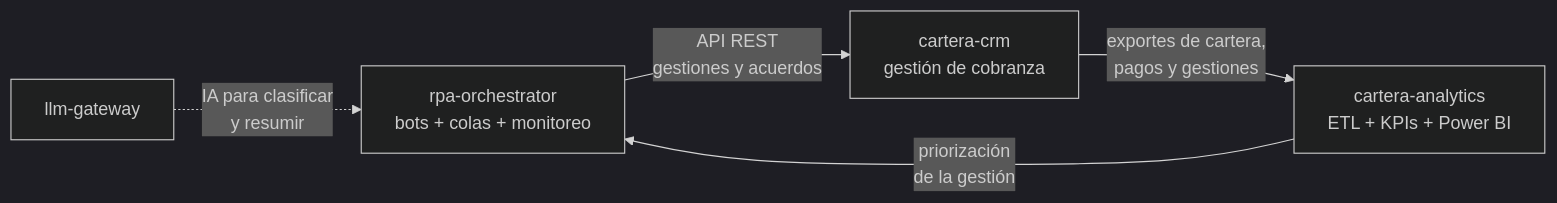
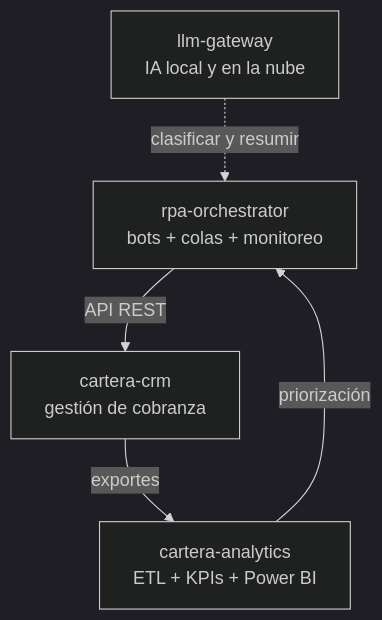
Before and after one commit to DarwinMontiel/DarwinMontiel: the diagram in README.md, drawn with Mermaid (dark theme).

Commit message:
docs: diagrama de ecosistema más compacto

````diff
--- a/README.md
+++ b/README.md
@@ -43,7 +43,7 @@
 ```mermaid
-flowchart LR
-    BOT["rpa-orchestrator<br/>bots + colas + monitoreo"] -- "API REST<br/>gestiones y acuerdos" --> CRM["cartera-crm<br/>gestión de cobranza"]
-    CRM -- "exportes de cartera,<br/>pagos y gestiones" --> ETL["cartera-analytics<br/>ETL + KPIs + Power BI"]
-    ETL -- "priorización<br/>de la gestión" --> BOT
-    LLM["llm-gateway"] -. "IA para clasificar<br/>y resumir" .-> BOT
+flowchart TB
+    LLM["llm-gateway<br/>IA local y en la nube"] -. clasificar y resumir .-> BOT
+    BOT["rpa-orchestrator<br/>bots + colas + monitoreo"] -- API REST --> CRM["cartera-crm<br/>gestión de cobranza"]
+    CRM -- exportes --> ETL["cartera-analytics<br/>ETL + KPIs + Power BI"]
+    ETL -- priorización --> BOT
 ```
````
